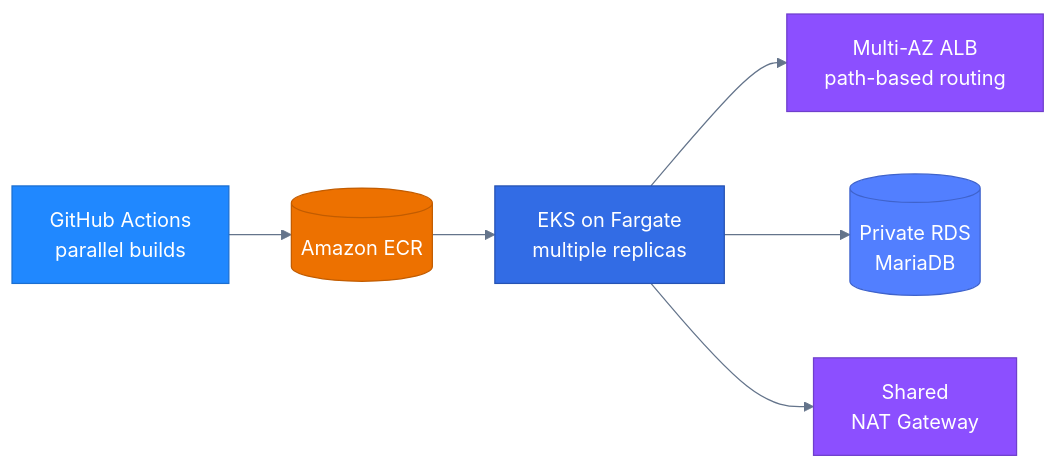
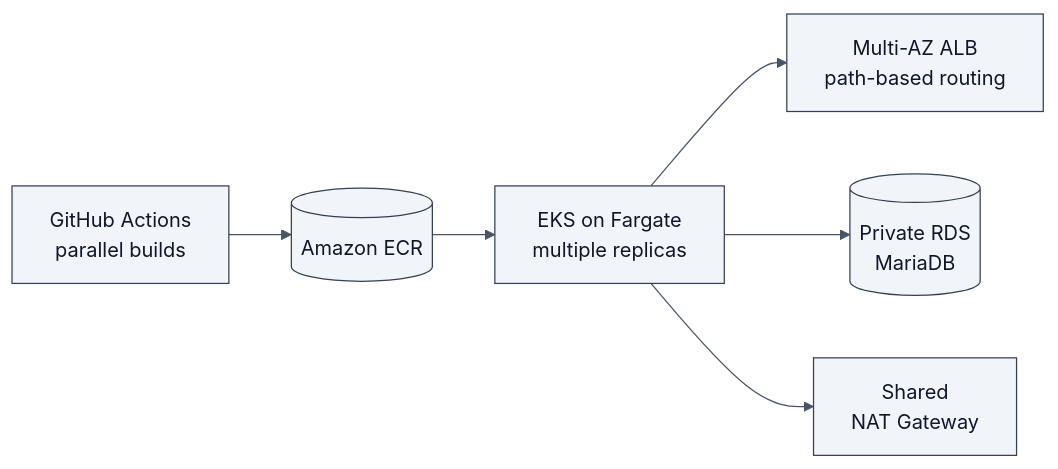
The second of 7 diagrams in README.md (Rohit-1920/Rohit-1920), drawn with Mermaid before and after one commit. The commit also changed other lines of this file, not shown here.

````diff
--- a/README.md
+++ b/README.md
@@ -183,18 +189,7 @@
 ```mermaid
-%%{init: {'theme':'base','themeVariables':{'fontFamily':'Inter, ui-sans-serif, system-ui, sans-serif','lineColor':'#64748B','primaryTextColor':'#0F172A'}}}%%
+%%{init: {'theme':'base','themeVariables':{'fontFamily':'Inter, ui-sans-serif, system-ui, sans-serif','primaryColor':'#F1F5F9','primaryBorderColor':'#334155','primaryTextColor':'#0F172A','lineColor':'#475569'}}}%%
 flowchart LR
   GA["GitHub Actions<br/>parallel builds"] --> ECR[("Amazon ECR")] --> EKS["EKS on Fargate<br/>multiple replicas"] --> ALB["Multi-AZ ALB<br/>path-based routing"]
   EKS --> RDS[("Private RDS<br/>MariaDB")]
   EKS --> NAT["Shared<br/>NAT Gateway"]
-
-  classDef ci fill:#2088FF,stroke:#1B6FD1,color:#FFFFFF
-  classDef aws fill:#ED7100,stroke:#C25C00,color:#FFFFFF
-  classDef net fill:#8C4FFF,stroke:#6F3FCC,color:#FFFFFF
-  classDef db fill:#527FFF,stroke:#3F63CC,color:#FFFFFF
-  classDef k8s fill:#326CE5,stroke:#2653B3,color:#FFFFFF
-  class GA ci
-  class ECR aws
-  class ALB,NAT net
-  class RDS db
-  class EKS k8s
 ```
````
